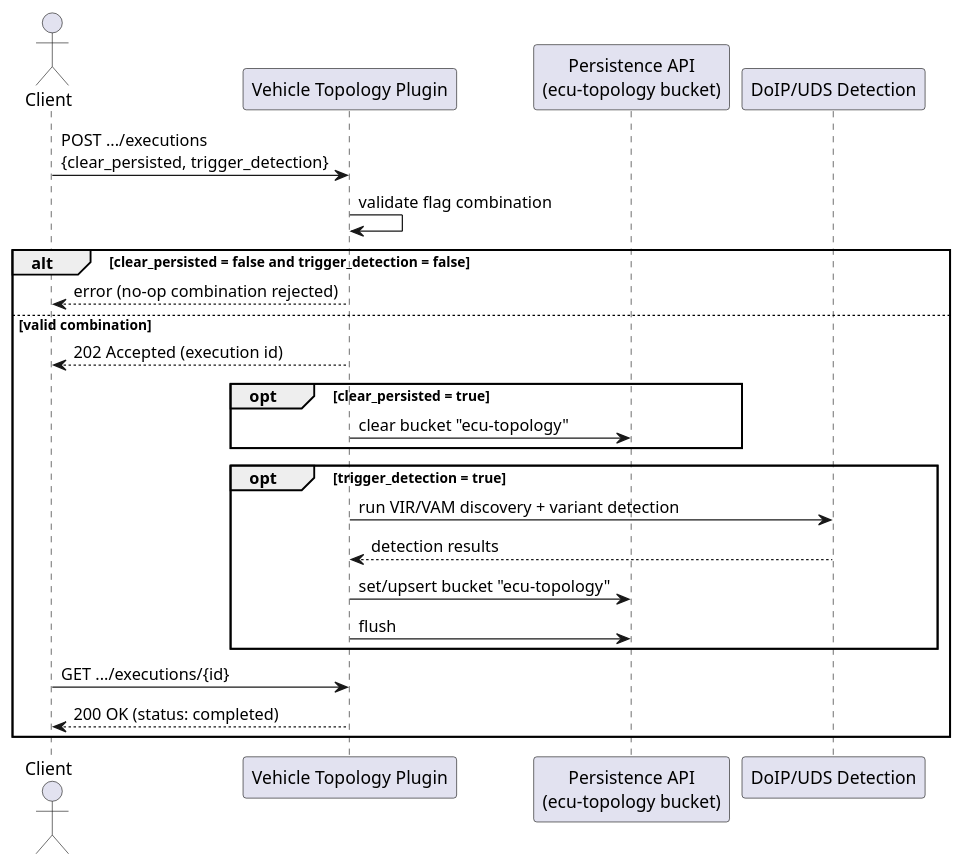
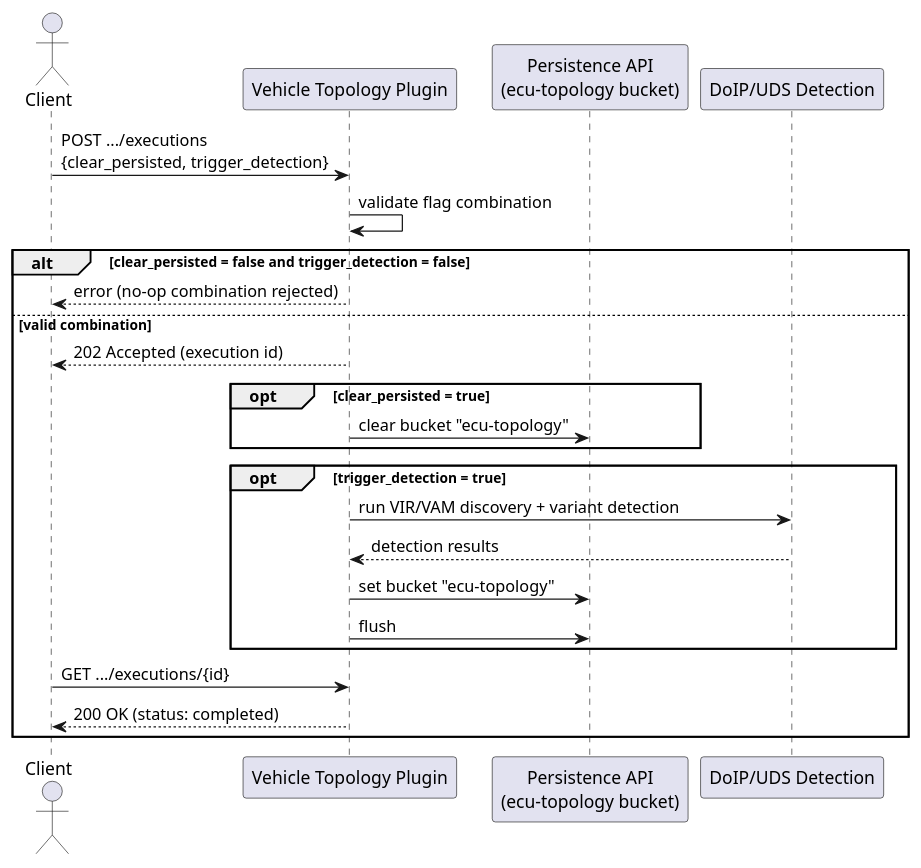
One commit to eclipse-opensovd/classic-diagnostic-adapter changed the second of 2 diagrams in docs/03_architecture/05_plugins/05_vehicle_topology.rst. Above: the diagram before and after it, drawn with PlantUML. The commit also changed other lines of this file and 78 other files, not shown here.

First line of the commit message:
feat(main): persist and reuse the ECU topology

```diff
--- a/docs/03_architecture/05_plugins/05_vehicle_topology.rst
+++ b/docs/03_architecture/05_plugins/05_vehicle_topology.rst
@@ -166,28 +166,28 @@
     .. uml::
         :caption: networkreset with Persisted List Control
 
         @startuml
         actor Client
         participant "Vehicle Topology Plugin" as plugin
         participant "Persistence API\n(ecu-topology bucket)" as Persist
         participant "DoIP/UDS Detection" as Detect
 
         Client -> plugin : POST .../executions\n{clear_persisted, trigger_detection}
         plugin -> plugin : validate flag combination
         alt clear_persisted = false and trigger_detection = false
             plugin --> Client : error (no-op combination rejected)
         else valid combination
             plugin --> Client : 202 Accepted (execution id)
             opt clear_persisted = true
                 plugin -> Persist : clear bucket "ecu-topology"
             end
             opt trigger_detection = true
                 plugin -> Detect : run VIR/VAM discovery + variant detection
                 Detect --> plugin : detection results
-                plugin -> Persist : set/upsert bucket "ecu-topology"
+                plugin -> Persist : set bucket "ecu-topology"
                 plugin -> Persist : flush
             end
             Client -> plugin : GET .../executions/{id}
             plugin --> Client : 200 OK (status: completed)
         end
         @enduml
```
